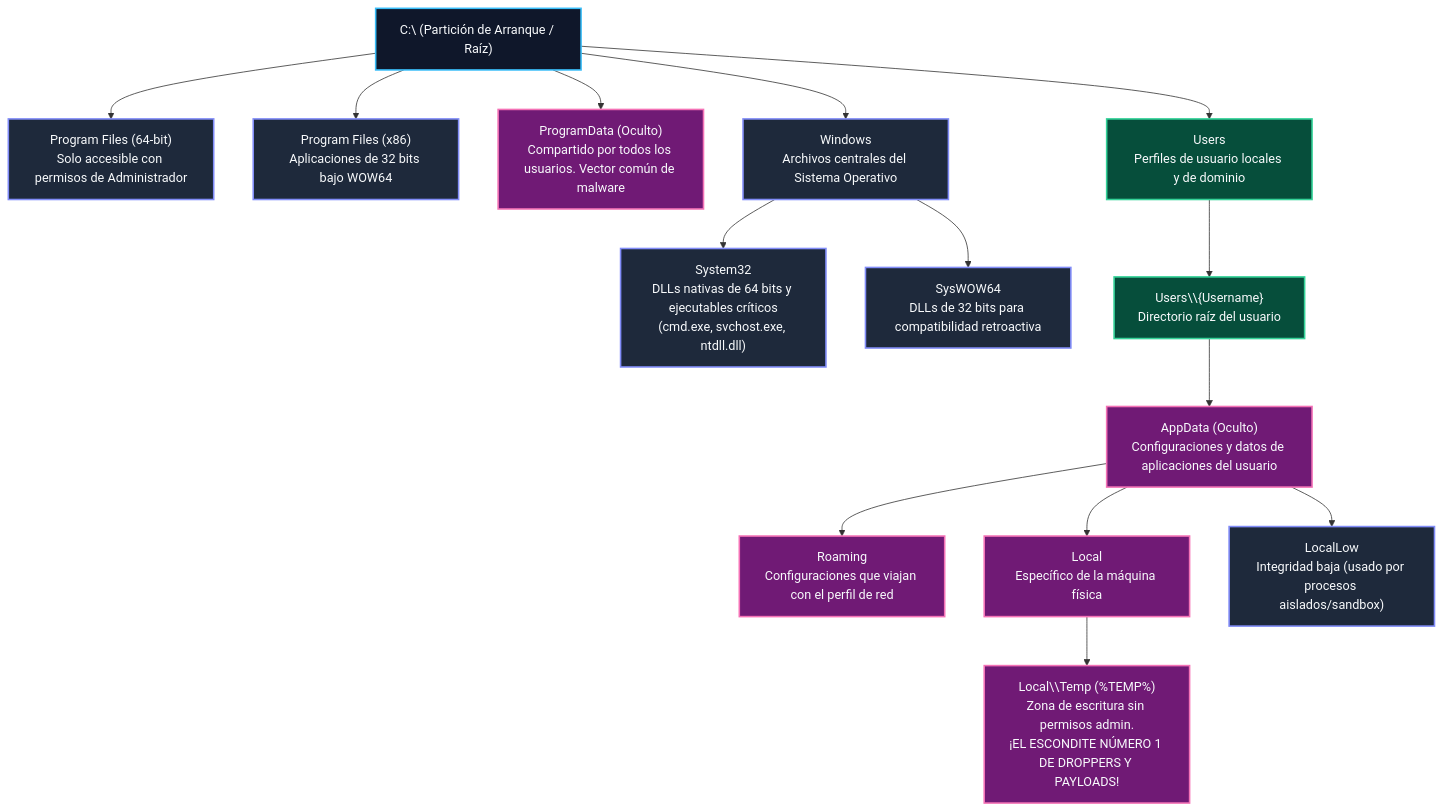
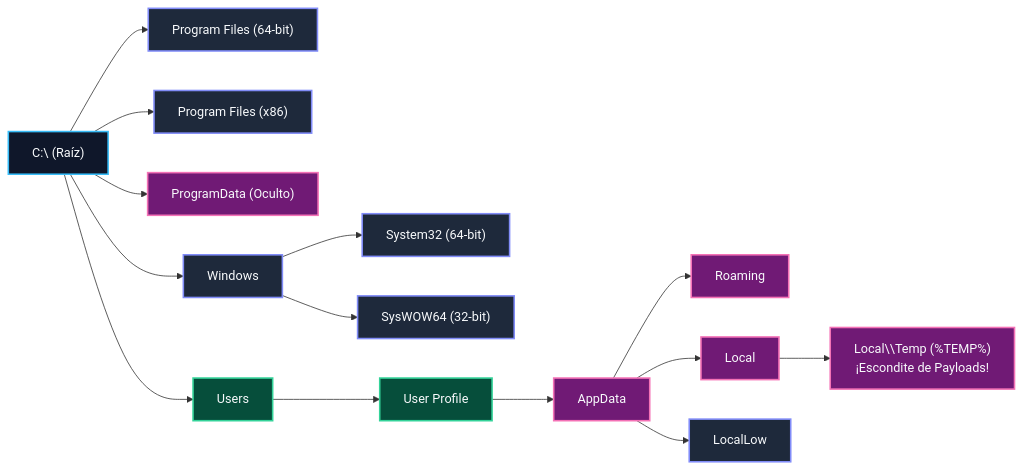
The fourth of 7 diagrams in malware-analysis/01-arquitectura-windows-directorios-y-permisos/README.md (purpesec/Cybersecurity-For-Beginners), drawn with Mermaid before and after one commit. The commit also changed other lines of this file and 4 other files, not shown here.

Commit message:
style: convertir todos los diagramas verticales TD en diagramas horizontales compactos LR

````diff
--- a/malware-analysis/01-arquitectura-windows-directorios-y-permisos/README.md
+++ b/malware-analysis/01-arquitectura-windows-directorios-y-permisos/README.md
@@ -152,27 +136,22 @@
 ```mermaid
-graph TD
+flowchart LR
     classDef root fill:#0f172a,stroke:#38bdf8,stroke-width:2px,color:#f8fafc;
     classDef sys fill:#1e293b,stroke:#818cf8,stroke-width:2px,color:#f8fafc;
     classDef user fill:#064e3b,stroke:#34d399,stroke-width:2px,color:#f8fafc;
     classDef danger fill:#701a75,stroke:#f472b6,stroke-width:2px,color:#f8fafc;
 
-    C["C:\ (Partición de Arranque / Raíz)"]:::root
-    
-    C --> PROG["Program Files (64-bit)\nSolo accesible con permisos de Administrador"]:::sys
-    C --> PROGX86["Program Files (x86)\nAplicaciones de 32 bits bajo WOW64"]:::sys
-    C --> PROGDATA["ProgramData (Oculto)\nCompartido por todos los usuarios. Vector común de malware"]:::danger
-    C --> WIN["Windows\nArchivos centrales del Sistema Operativo"]:::sys
-    C --> USERS["Users\nPerfiles de usuario locales y de dominio"]:::user
+    C["C:\ (Raíz)"]:::root --> PROG["Program Files (64-bit)"]:::sys
+    C --> PROGX86["Program Files (x86)"]:::sys
+    C --> PROGDATA["ProgramData (Oculto)"]:::danger
+    C --> WIN["Windows"]:::sys
+    C --> USERS["Users"]:::user
 
-    WIN --> SYS32["System32\nDLLs nativas de 64 bits y ejecutables críticos\n(cmd.exe, svchost.exe, ntdll.dll)"]:::sys
-    WIN --> SYSWOW["SysWOW64\nDLLs de 32 bits para compatibilidad retroactiva"]:::sys
+    WIN --> SYS32["System32 (64-bit)"]:::sys
+    WIN --> SYSWOW["SysWOW64 (32-bit)"]:::sys
 
-    USERS --> USERNAME["Users\\{Username}\nDirectorio raíz del usuario"]:::user
-    USERNAME --> APPDATA["AppData (Oculto)\nConfiguraciones y datos de aplicaciones del usuario"]:::danger
-
-    APPDATA --> ROAM["Roaming\nConfiguraciones que viajan con el perfil de red"]:::danger
-    APPDATA --> LOCAL["Local\nEspecífico de la máquina física"]:::danger
-    APPDATA --> LOCALLOW["LocalLow\nIntegridad baja (usado por procesos aislados/sandbox)"]:::sys
-
-    LOCAL --> TEMP["Local\\Temp (%TEMP%)\nZona de escritura sin permisos admin.\n¡EL ESCONDITE NÚMERO 1 DE DROPPERS Y PAYLOADS!"]:::danger
+    USERS --> U["User Profile"]:::user --> APPDATA["AppData"]:::danger
+    APPDATA --> ROAM["Roaming"]:::danger
+    APPDATA --> LOCAL["Local"]:::danger
+    APPDATA --> LOCALLOW["LocalLow"]:::sys
+    LOCAL --> TEMP["Local\\Temp (%TEMP%)\n¡Escondite de Payloads!"]:::danger
 ```
````
